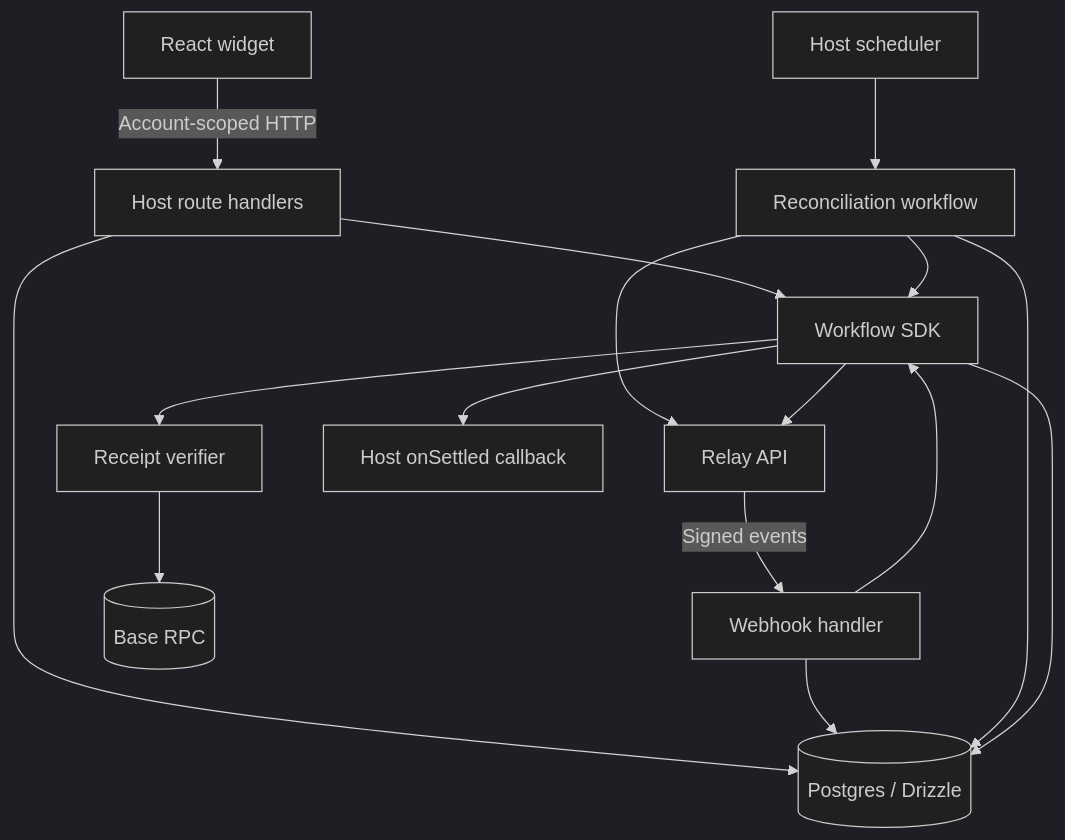
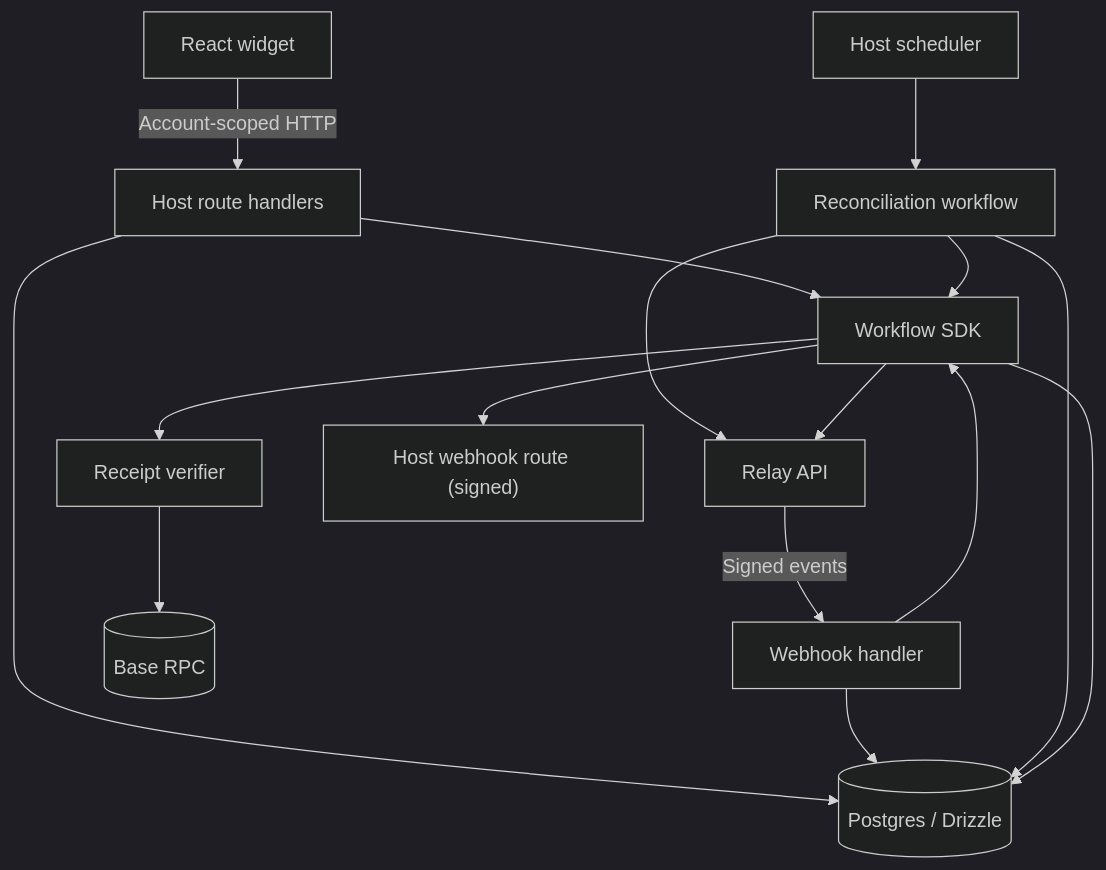
One commit to hivinaynair/settle-kit changed the diagram in docs/plans/2026-10-13-deposit-kit-design.md. Above: the diagram before and after it, drawn with Mermaid (dark theme). The commit also changed other lines of this file and 7 other files, not shown here.

Commit message:
docs: signed order.paid webhook + env-var settings replace onPaid/instrumentation

````diff
--- a/docs/plans/2026-10-13-deposit-kit-design.md
+++ b/docs/plans/2026-10-13-deposit-kit-design.md
@@ -156,18 +158,18 @@
 ```mermaid
 flowchart TB
   W["React widget"] -->|Account-scoped HTTP| H["Host route handlers"]
   H --> DB[("Postgres / Drizzle")]
   H --> WF["Workflow SDK"]
   Relay["Relay API"] -->|Signed events| WH["Webhook handler"]
   WH --> DB
   WH --> WF
   Scheduler["Host scheduler"] --> RC["Reconciliation workflow"]
   RC --> DB
   RC --> Relay
   RC --> WF
   WF --> DB
   WF --> Relay
   WF --> V["Receipt verifier"]
   V --> Base[("Base RPC")]
-  WF --> CB["Host onSettled callback"]
+  WF --> CB["Host webhook route (signed)"]
 ```
````
